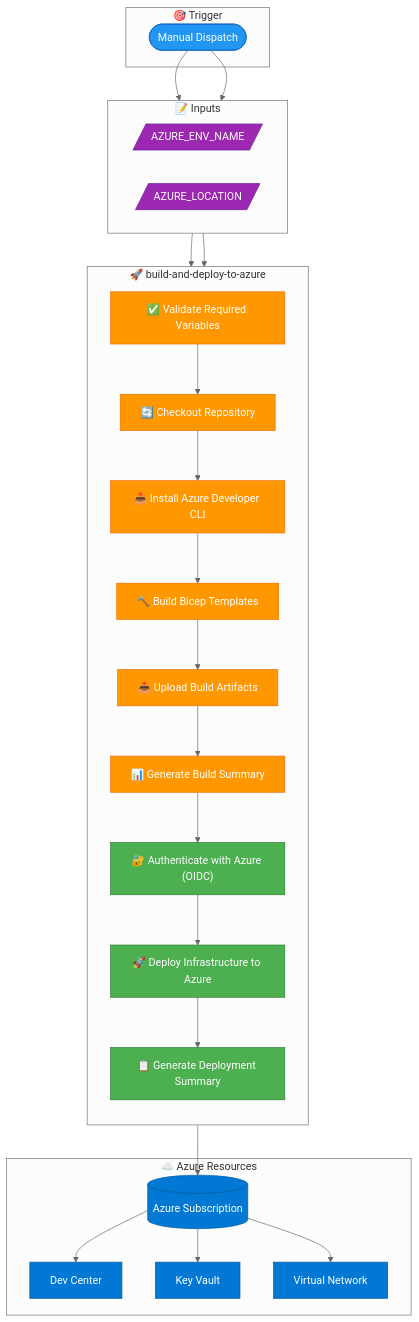
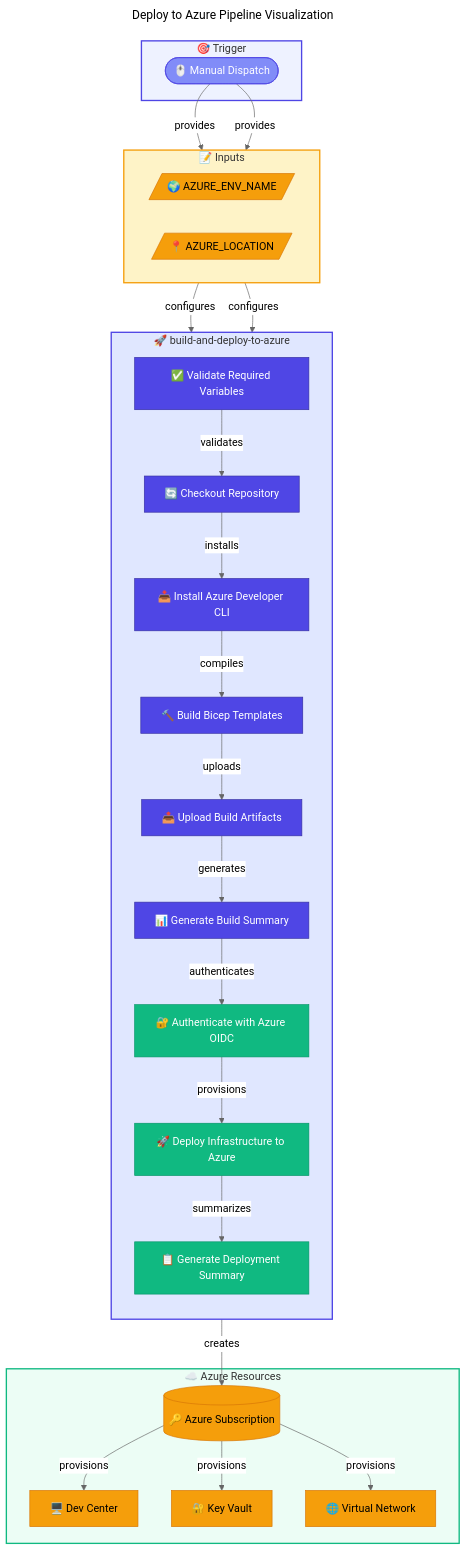
Before and after one commit to Evilazaro/DevExp-DevBox: the diagram in docs/devops/deploy.md, drawn with Mermaid (neutral theme). The commit also changed 2 other files, not shown here.

Commit message:
Enhance CI, Deploy, and Release documentation by improving pipeline visualizations with clearer labels, emojis, and refined connections for better clarity and navigation.

````diff
--- a/docs/devops/deploy.md
+++ b/docs/devops/deploy.md
@@ -61,49 +61,64 @@
 ```mermaid
+---
+title: Deploy to Azure Pipeline Visualization
+---
 flowchart TD
-    subgraph "🎯 Trigger"
-        T1([Manual Dispatch])
+    %% ===== TRIGGER =====
+    subgraph Trigger["🎯 Trigger"]
+        T1(["🖱️ Manual Dispatch"])
     end
 
-    subgraph "📝 Inputs"
+    %% ===== INPUTS =====
+    subgraph Inputs["📝 Inputs"]
         direction LR
-        I1[/"AZURE_ENV_NAME"/]
-        I2[/"AZURE_LOCATION"/]
+        I1[/"🌍 AZURE_ENV_NAME"/]
+        I2[/"📍 AZURE_LOCATION"/]
     end
 
-    subgraph "🚀 build-and-deploy-to-azure"
+    %% ===== BUILD AND DEPLOY JOB =====
+    subgraph BuildDeploy["🚀 build-and-deploy-to-azure"]
         direction TB
         V1["✅ Validate Required Variables"]
-        V1 --> C1["🔄 Checkout Repository"]
-        C1 --> AZD["📥 Install Azure Developer CLI"]
-        AZD --> B1["🔨 Build Bicep Templates"]
-        B1 --> U1["📤 Upload Build Artifacts"]
-        U1 --> S1["📊 Generate Build Summary"]
-        S1 --> AUTH["🔐 Authenticate with Azure (OIDC)"]
-        AUTH --> D1["🚀 Deploy Infrastructure to Azure"]
-        D1 --> DS["📋 Generate Deployment Summary"]
+        V1 -->|validates| C1["🔄 Checkout Repository"]
+        C1 -->|installs| AZD["📥 Install Azure Developer CLI"]
+        AZD -->|compiles| B1["🔨 Build Bicep Templates"]
+        B1 -->|uploads| U1["📤 Upload Build Artifacts"]
+        U1 -->|generates| S1["📊 Generate Build Summary"]
+        S1 -->|authenticates| AUTH["🔐 Authenticate with Azure OIDC"]
+        AUTH -->|provisions| D1["🚀 Deploy Infrastructure to Azure"]
+        D1 -->|summarizes| DS["📋 Generate Deployment Summary"]
     end
 
-    subgraph "☁️ Azure Resources"
-        AZ1[(Azure Subscription)]
-        AZ2[Dev Center]
-        AZ3[Key Vault]
-        AZ4[Virtual Network]
+    %% ===== AZURE RESOURCES =====
+    subgraph AzureResources["☁️ Azure Resources"]
+        AZ1[("🔑 Azure Subscription")]
+        AZ2["🖥️ Dev Center"]
+        AZ3["🔐 Key Vault"]
+        AZ4["🌐 Virtual Network"]
     end
 
-    T1 --> I1 & I2
-    I1 & I2 --> V1
-    D1 --> AZ1
-    AZ1 --> AZ2 & AZ3 & AZ4
+    %% ===== CONNECTIONS =====
+    T1 -->|provides| I1 & I2
+    I1 & I2 -->|configures| V1
+    D1 -->|creates| AZ1
+    AZ1 -->|provisions| AZ2 & AZ3 & AZ4
 
-    classDef trigger fill:#2196F3,stroke:#1565C0,color:#fff
-    classDef input fill:#9C27B0,stroke:#6A1B9A,color:#fff
-    classDef build fill:#FF9800,stroke:#EF6C00,color:#fff
-    classDef deploy fill:#4CAF50,stroke:#2E7D32,color:#fff
-    classDef azure fill:#0078D4,stroke:#005A9E,color:#fff
+    %% ===== STYLES =====
+    classDef trigger fill:#818CF8,stroke:#4F46E5,color:#FFFFFF
+    classDef input fill:#F59E0B,stroke:#D97706,color:#000000
+    classDef primary fill:#4F46E5,stroke:#3730A3,color:#FFFFFF
+    classDef secondary fill:#10B981,stroke:#059669,color:#FFFFFF
+    classDef datastore fill:#F59E0B,stroke:#D97706,color:#000000
 
     class T1 trigger
     class I1,I2 input
-    class V1,C1,AZD,B1,U1,S1 build
-    class AUTH,D1,DS deploy
-    class AZ1,AZ2,AZ3,AZ4 azure
+    class V1,C1,AZD,B1,U1,S1 primary
+    class AUTH,D1,DS secondary
+    class AZ1,AZ2,AZ3,AZ4 datastore
+    
+    %% ===== SUBGRAPH STYLES =====
+    style Trigger fill:#EEF2FF,stroke:#4F46E5,stroke-width:2px
+    style Inputs fill:#FEF3C7,stroke:#F59E0B,stroke-width:2px
+    style BuildDeploy fill:#E0E7FF,stroke:#4F46E5,stroke-width:2px
+    style AzureResources fill:#ECFDF5,stroke:#10B981,stroke-width:2px
 ```
````
